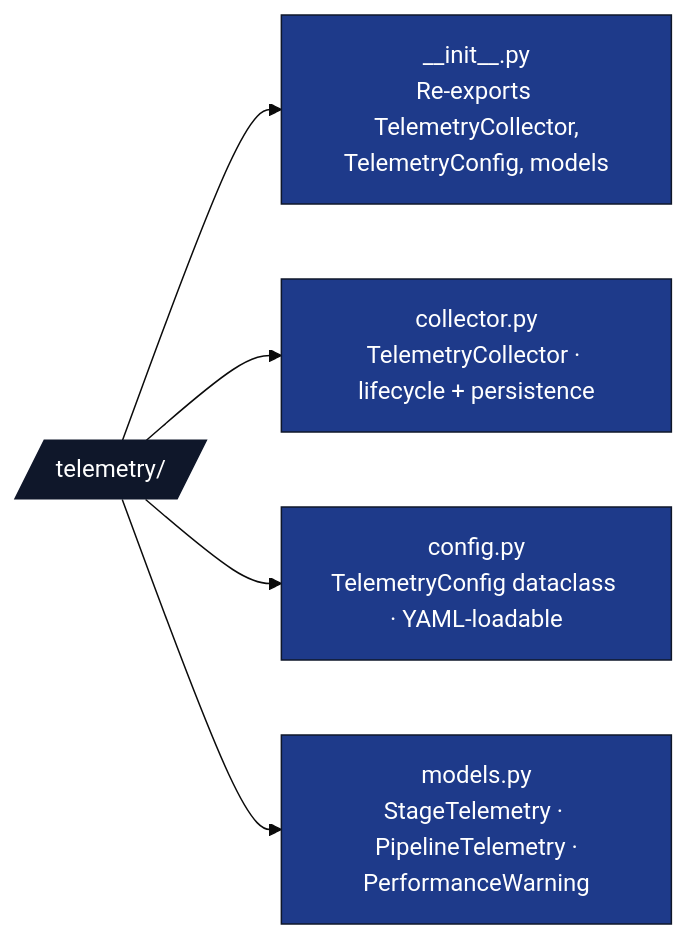
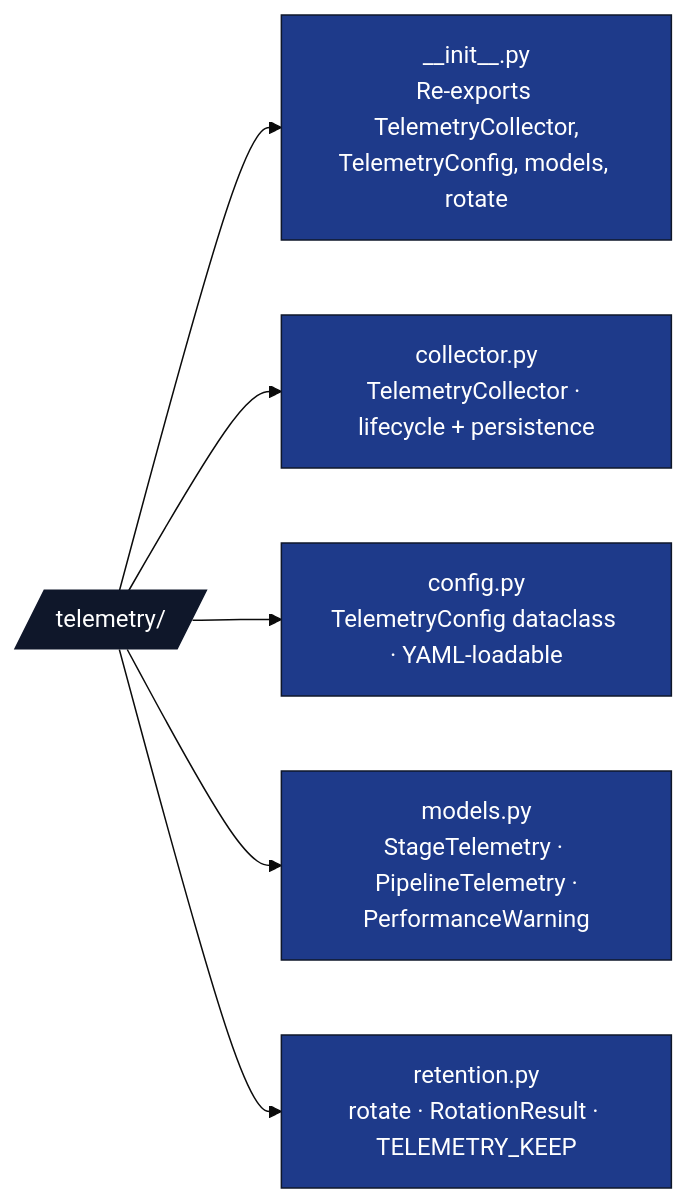
One commit to docxology/template changed the diagram in infrastructure/core/telemetry/AGENTS.md. Above: the diagram before and after it, drawn with Mermaid (base theme). The commit also changed other lines of this file and 210 other files, not shown here.

````diff
--- a/infrastructure/core/telemetry/AGENTS.md
+++ b/infrastructure/core/telemetry/AGENTS.md
@@ -9,13 +9,14 @@
 ```mermaid
 flowchart LR
     TEL[/telemetry//]
-    TEL --> INIT[__init__.py<br/>Re-exports TelemetryCollector,<br/>TelemetryConfig, models]
+    TEL --> INIT[__init__.py<br/>Re-exports TelemetryCollector,<br/>TelemetryConfig, models, rotate]
     TEL --> COL[collector.py<br/>TelemetryCollector · lifecycle + persistence]
     TEL --> CFG[config.py<br/>TelemetryConfig dataclass · YAML-loadable]
     TEL --> MOD[models.py<br/>StageTelemetry · PipelineTelemetry ·<br/>PerformanceWarning]
+    TEL --> RET[retention.py<br/>rotate · RotationResult · TELEMETRY_KEEP]
 
     classDef d fill:#0f172a,stroke:#0f172a,color:#fff
     classDef code fill:#1e3a8a,stroke:#0f172a,color:#fff
     class TEL d
-    class INIT,COL,CFG,MOD code
+    class INIT,COL,CFG,MOD,RET code
 ```
````
